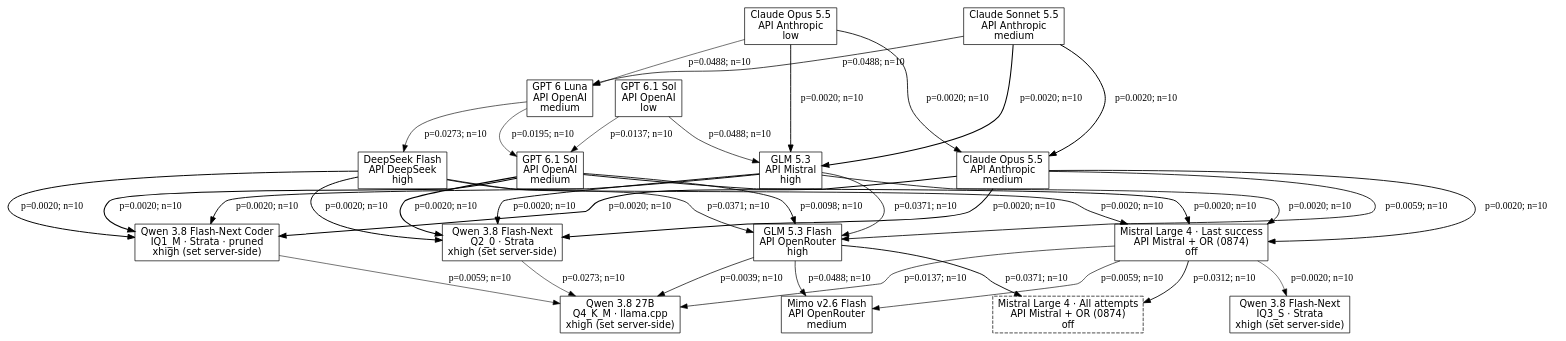
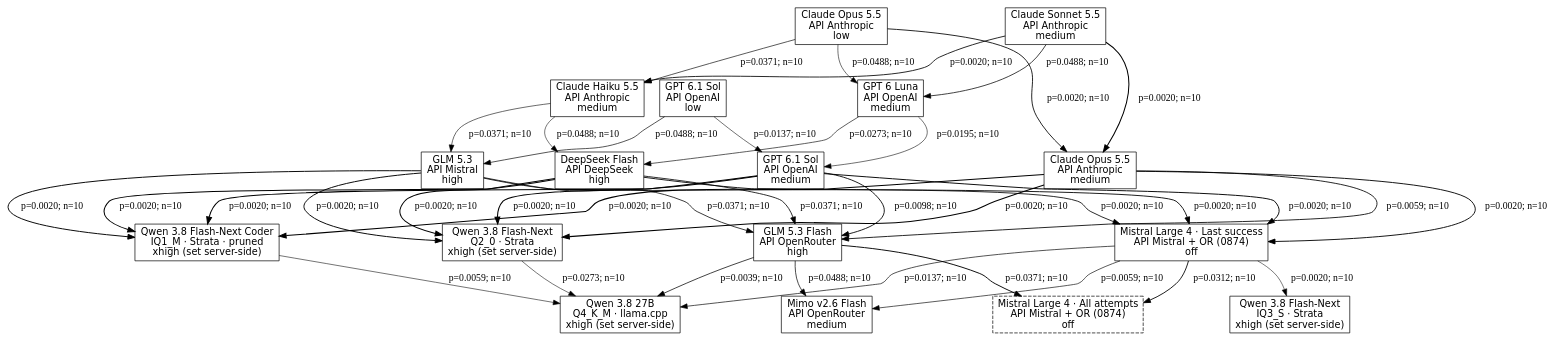
Before and after one commit to MinhHaDuong/ImperialDragonHarness: the diagram in docs/tournament-graphs-en/seconds.dot, drawn with Graphviz. The commit also changed 32 other files, not shown here.

```diff
--- a/docs/tournament-graphs-en/seconds.dot
+++ b/docs/tournament-graphs-en/seconds.dot
@@ -1,55 +1,58 @@
 digraph G {
 rankdir=TB;
 node [shape=box, fontname="DejaVu Sans"];
 a [label="Qwen 3.8 27B\nQ4_K_M · llama.cpp\nxhigh (set server-side)"];
 b [label="Qwen 3.8 Flash-Next Coder\nIQ1_M · Strata · pruned\nxhigh (set server-side)"];
 b2 [label="Qwen 3.8 Flash-Next\nIQ3_S · Strata\nxhigh (set server-side)"];
 b3 [label="Qwen 3.8 Flash-Next\nQ2_0 · Strata\nxhigh (set server-side)"];
 d [label="Claude Opus 5.5\nAPI Anthropic\nmedium"];
 d2 [label="Claude Opus 5.5\nAPI Anthropic\nlow"];
 e2 [label="GPT 6.1 Sol\nAPI OpenAI\nlow"];
 e3 [label="GPT 6.1 Sol\nAPI OpenAI\nmedium"];
 f [label="GLM 5.3\nAPI Mistral\nhigh"];
 g [label="Claude Sonnet 5.5\nAPI Anthropic\nmedium"];
 i [label="DeepSeek Flash\nAPI DeepSeek\nhigh"];
 j [label="GLM 5.3 Flash\nAPI OpenRouter\nhigh"];
 k [label="Mimo v2.6 Flash\nAPI OpenRouter\nmedium"];
 l [label="GPT 6 Luna\nAPI OpenAI\nmedium"];
 mi [label="Mistral Large 4 · Last success\nAPI Mistral + OR (0874)\noff"];
 mr [label="Mistral Large 4 · All attempts\nAPI Mistral + OR (0874)\noff", style="dashed"];
-b -> a [label="p=0.0059; n=10", penwidth=0.777];
-b3 -> a [label="p=0.0273; n=10", penwidth=0.771];
-d -> b [label="p=0.0020; n=10", penwidth=1.445];
-d -> b3 [label="p=0.0020; n=10", penwidth=1.450];
-d -> j [label="p=0.0059; n=10", penwidth=1.188];
-d -> mi [label="p=0.0020; n=10", penwidth=1.273];
-d2 -> d [label="p=0.0020; n=10", penwidth=1.192];
-d2 -> f [label="p=0.0020; n=10", penwidth=1.296];
-d2 -> l [label="p=0.0488; n=10", penwidth=0.792];
-e2 -> e3 [label="p=0.0137; n=10", penwidth=0.779];
-e2 -> f [label="p=0.0488; n=10", penwidth=0.937];
-e3 -> b [label="p=0.0020; n=10", penwidth=1.498];
+n [label="Claude Haiku 5.5\nAPI Anthropic\nmedium"];
+b -> a [label="p=0.0059; n=10", penwidth=0.790];
+b3 -> a [label="p=0.0273; n=10", penwidth=0.784];
+d -> b [label="p=0.0020; n=10", penwidth=1.484];
+d -> b3 [label="p=0.0020; n=10", penwidth=1.490];
+d -> j [label="p=0.0059; n=10", penwidth=1.217];
+d -> mi [label="p=0.0020; n=10", penwidth=1.306];
+d2 -> d [label="p=0.0020; n=10", penwidth=1.222];
+d2 -> l [label="p=0.0488; n=10", penwidth=0.805];
+d2 -> n [label="p=0.0371; n=10", penwidth=0.944];
+e2 -> e3 [label="p=0.0137; n=10", penwidth=0.792];
+e2 -> f [label="p=0.0488; n=10", penwidth=0.957];
+e3 -> b [label="p=0.0020; n=10", penwidth=1.500];
 e3 -> b3 [label="p=0.0020; n=10", penwidth=1.500];
-e3 -> j [label="p=0.0098; n=10", penwidth=1.241];
-e3 -> mi [label="p=0.0020; n=10", penwidth=1.327];
-f -> b [label="p=0.0020; n=10", penwidth=1.341];
-f -> b3 [label="p=0.0020; n=10", penwidth=1.346];
-f -> j [label="p=0.0371; n=10", penwidth=1.083];
-f -> mi [label="p=0.0020; n=10", penwidth=1.169];
-g -> d [label="p=0.0020; n=10", penwidth=1.443];
-g -> f [label="p=0.0020; n=10", penwidth=1.500];
-g -> l [label="p=0.0488; n=10", penwidth=1.042];
-i -> b [label="p=0.0020; n=10", penwidth=1.407];
-i -> b3 [label="p=0.0020; n=10", penwidth=1.413];
-i -> j [label="p=0.0371; n=10", penwidth=1.150];
-i -> mi [label="p=0.0020; n=10", penwidth=1.236];
-j -> a [label="p=0.0039; n=10", penwidth=1.034];
-j -> k [label="p=0.0488; n=10", penwidth=0.992];
-j -> mr [label="p=0.0371; n=10", penwidth=1.312];
-l -> e3 [label="p=0.0195; n=10", penwidth=0.797];
-l -> i [label="p=0.0273; n=10", penwidth=0.888];
-mi -> a [label="p=0.0137; n=10", penwidth=0.948];
-mi -> b2 [label="p=0.0020; n=10", penwidth=0.728];
-mi -> k [label="p=0.0059; n=10", penwidth=0.907];
-mi -> mr [label="p=0.0312; n=10", penwidth=1.226];
+e3 -> j [label="p=0.0098; n=10", penwidth=1.273];
+e3 -> mi [label="p=0.0020; n=10", penwidth=1.362];
+f -> b [label="p=0.0020; n=10", penwidth=1.376];
+f -> b3 [label="p=0.0020; n=10", penwidth=1.382];
+f -> j [label="p=0.0371; n=10", penwidth=1.109];
+f -> mi [label="p=0.0020; n=10", penwidth=1.198];
+g -> d [label="p=0.0020; n=10", penwidth=1.482];
+g -> l [label="p=0.0488; n=10", penwidth=1.066];
+g -> n [label="p=0.0020; n=10", penwidth=1.205];
+i -> b [label="p=0.0020; n=10", penwidth=1.445];
+i -> b3 [label="p=0.0020; n=10", penwidth=1.451];
+i -> j [label="p=0.0371; n=10", penwidth=1.178];
+i -> mi [label="p=0.0020; n=10", penwidth=1.267];
+j -> a [label="p=0.0039; n=10", penwidth=1.057];
+j -> k [label="p=0.0488; n=10", penwidth=1.014];
+j -> mr [label="p=0.0371; n=10", penwidth=1.346];
+l -> e3 [label="p=0.0195; n=10", penwidth=0.811];
+l -> i [label="p=0.0273; n=10", penwidth=0.905];
+mi -> a [label="p=0.0137; n=10", penwidth=0.968];
+mi -> b2 [label="p=0.0020; n=10", penwidth=0.739];
+mi -> k [label="p=0.0059; n=10", penwidth=0.925];
+mi -> mr [label="p=0.0312; n=10", penwidth=1.257];
+n -> f [label="p=0.0371; n=10", penwidth=0.836];
+n -> i [label="p=0.0488; n=10", penwidth=0.766];
 }
```
